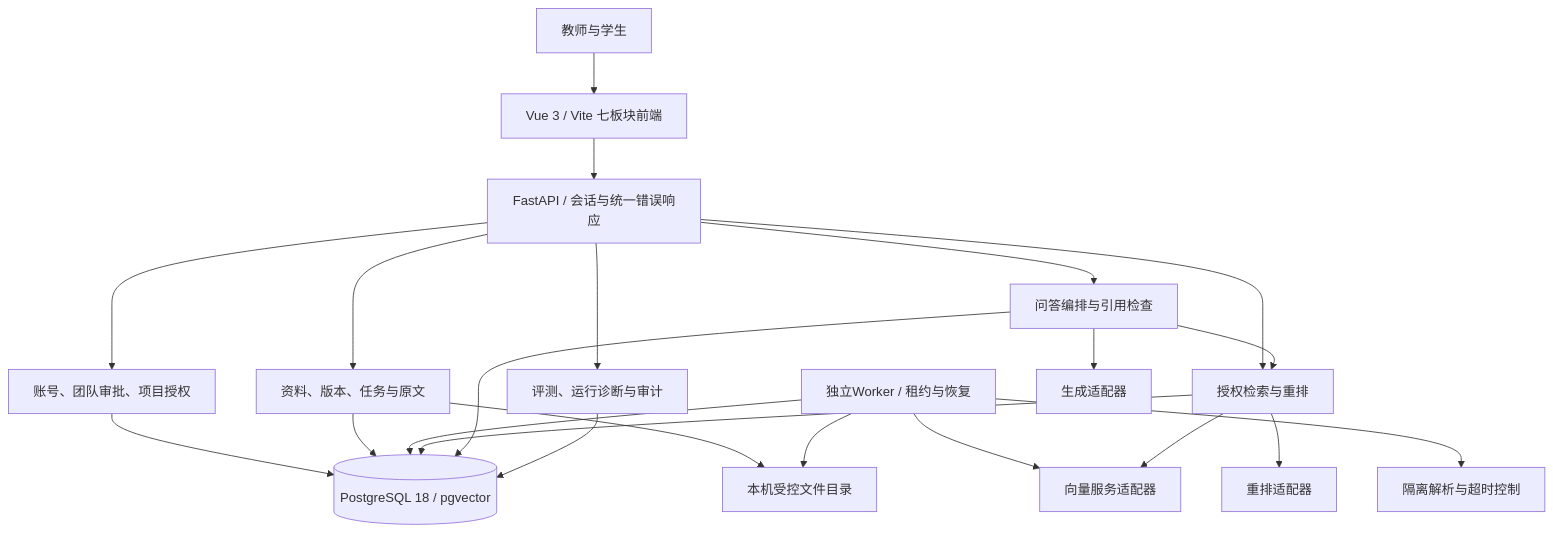
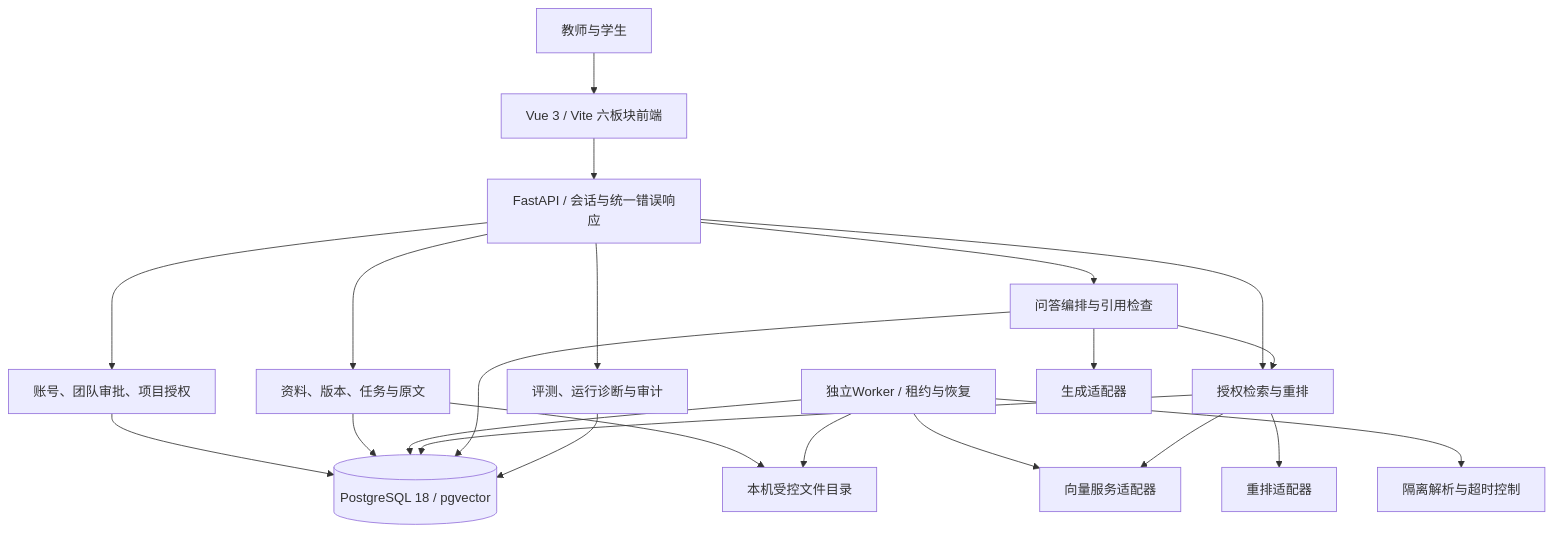
Before and after one commit to YunfeiBi/trusted-rag-lab: the second of 3 diagrams in docs/系统介绍与整体开发流程.md, drawn with Mermaid. The commit also changed other lines of this file and 22 other files, not shown here.

````diff
--- a/docs/系统介绍与整体开发流程.md
+++ b/docs/系统介绍与整体开发流程.md
@@ -65,24 +68,24 @@
 ```mermaid
 flowchart TB
-    People[教师与学生] --> Web[Vue 3 / Vite 七板块前端]
+    People[教师与学生] --> Web[Vue 3 / Vite 六板块前端]
     Web --> API[FastAPI / 会话与统一错误响应]
     API --> Org[账号、团队审批、项目授权]
     API --> Docs[资料、版本、任务与原文]
     API --> Search[授权检索与重排]
     API --> QA[问答编排与引用检查]
     API --> Eval[评测、运行诊断与审计]
     Org --> DB[(PostgreSQL 18 / pgvector)]
     Docs --> DB
     Docs --> Files[本机受控文件目录]
     Worker[独立Worker / 租约与恢复] --> DB
     Worker --> Files
     Worker --> Parser[隔离解析与超时控制]
     Worker --> Embed[向量服务适配器]
     Search --> DB
     Search --> Embed
     Search --> Rerank[重排适配器]
     QA --> Search
     QA --> Chat[生成适配器]
     QA --> DB
     Eval --> DB
 ```
````
